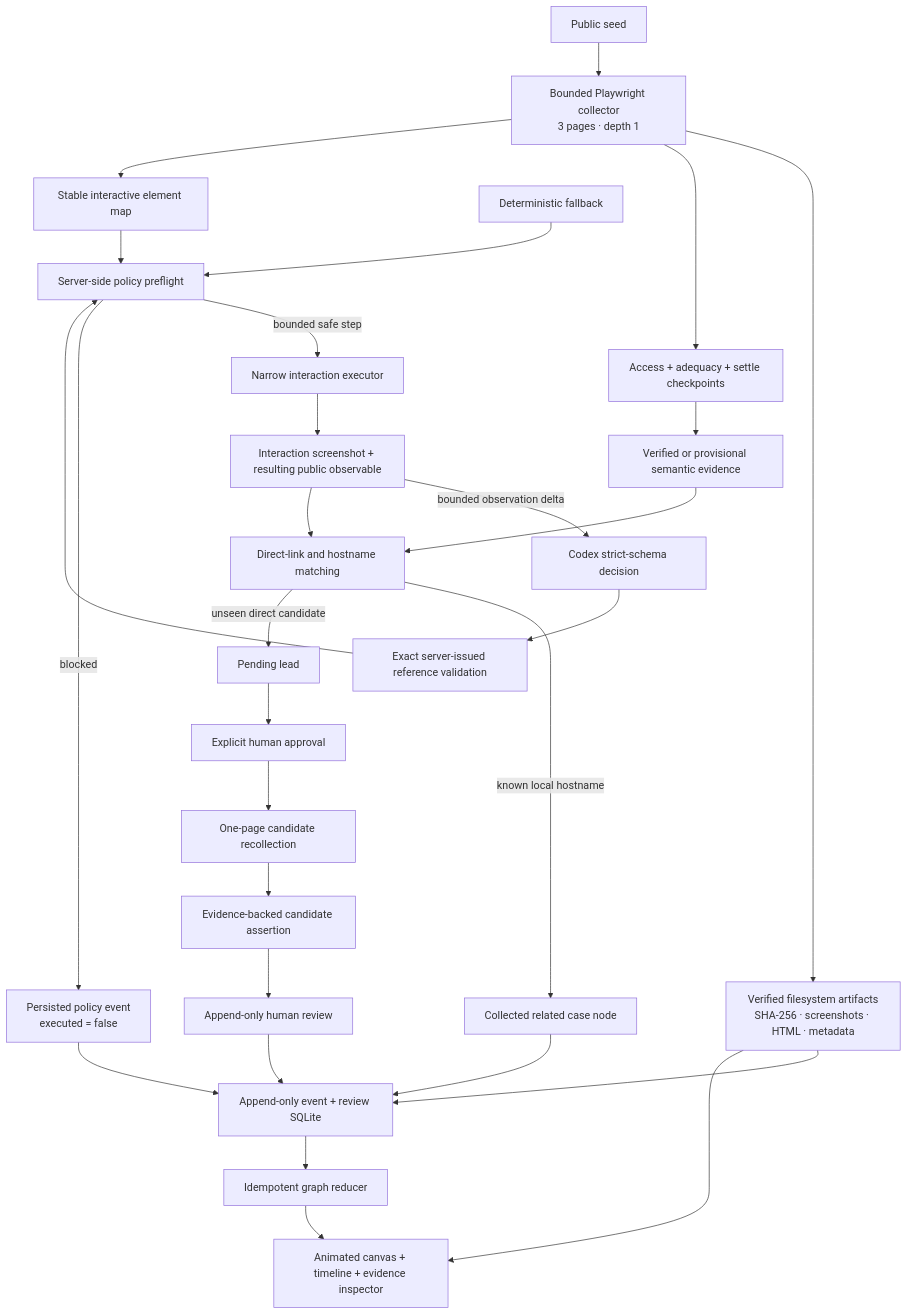
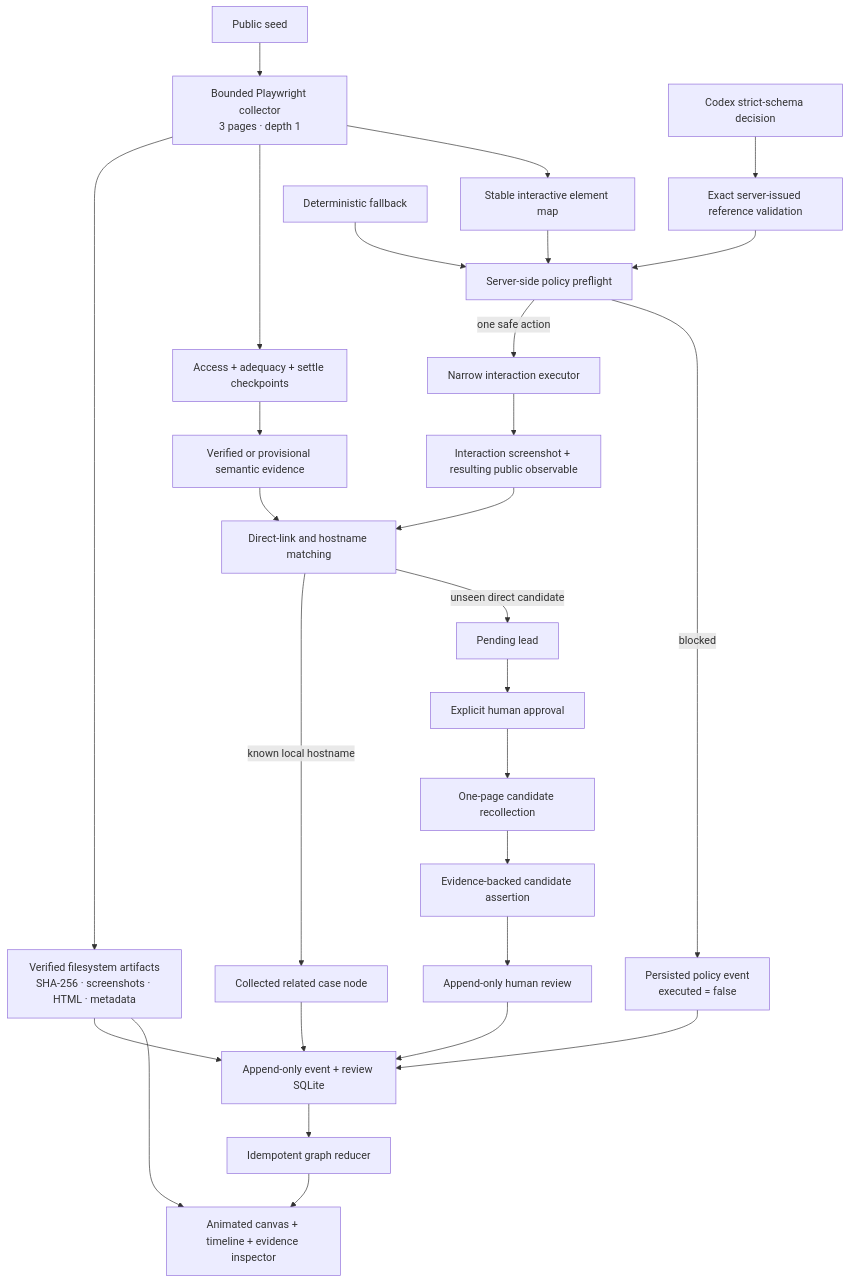
Before and after one commit to myudak/hawkeye-judolgraph: the diagram in gemastik-2026/PROPOSAL.md, drawn with Mermaid. The commit also changed other lines of this file and 44 other files, not shown here.

````diff
--- a/gemastik-2026/PROPOSAL.md
+++ b/gemastik-2026/PROPOSAL.md
@@ -205,31 +202,30 @@
 ```mermaid
 flowchart TD
     S["Public seed"] --> C["Bounded Playwright collector<br/>3 pages · depth 1"]
     C --> A["Verified filesystem artifacts<br/>SHA-256 · screenshots · HTML · metadata"]
     C --> Q["Access + adequacy + settle checkpoints"]
     Q --> E["Verified or provisional semantic evidence"]
     C --> M["Stable interactive element map"]
     M --> P["Server-side policy preflight"]
     X["Codex strict-schema decision"] --> V["Exact server-issued reference validation"]
     F["Deterministic fallback"] --> P
     V --> P
-    P -->|"bounded safe step"| B["Narrow interaction executor"]
+    P -->|"one safe action"| B["Narrow interaction executor"]
     P -->|"blocked"| L["Persisted policy event<br/>executed = false"]
     B --> I["Interaction screenshot + resulting public observable"]
-    I -->|"bounded observation delta"| X
     E --> D["Direct-link and hostname matching"]
     I --> D
     D -->|"known local hostname"| K["Collected related case node"]
     D -->|"unseen direct candidate"| G["Pending lead"]
     G --> H["Explicit human approval"]
     H --> R["One-page candidate recollection"]
     R --> N["Evidence-backed candidate assertion"]
     N --> U["Append-only human review"]
     A --> DB["Append-only event + review SQLite"]
     K --> DB
     L --> DB
     U --> DB
     DB --> GR["Idempotent graph reducer"]
     GR --> UI["Animated canvas + timeline + evidence inspector"]
     A --> UI
 ```
````
